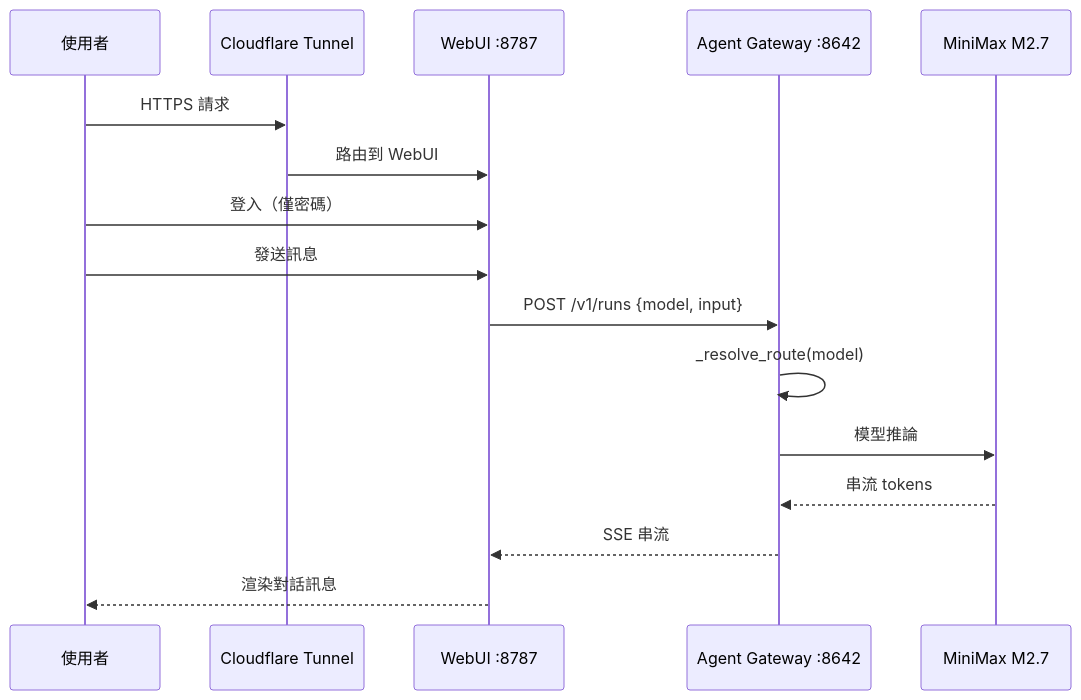
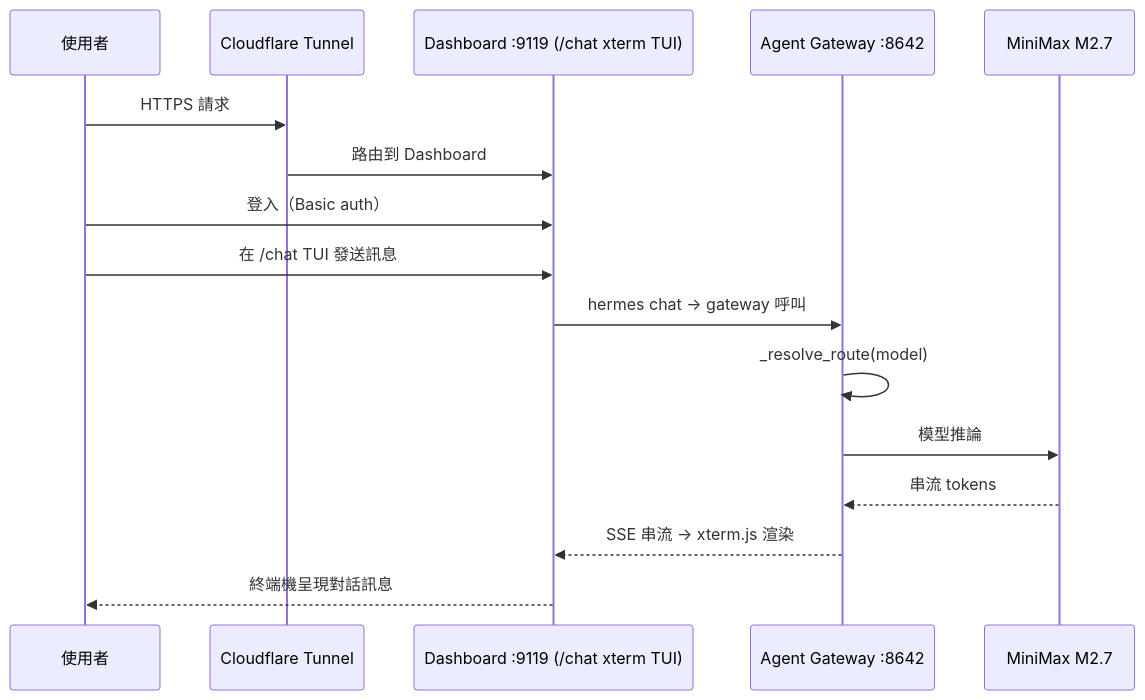
The third of 5 diagrams in README_zh-TW.md (WOOWTECH/Woow_k3s_hermes), drawn with Mermaid before and after one commit. The commit also changed other lines of this file and 4 other files, not shown here.

First line of the commit message:
docs: single-container architecture — README EN/ZH, troubleshooting rewrite, migration guide

````diff
--- a/README_zh-TW.md
+++ b/README_zh-TW.md
@@ -167,19 +164,19 @@
 ```mermaid
 sequenceDiagram
     participant U as 使用者
     participant CF as Cloudflare Tunnel
-    participant WUI as WebUI :8787
+    participant DASH as Dashboard :9119 (/chat xterm TUI)
     participant GW as Agent Gateway :8642
     participant LLM as MiniMax M2.7
 
     U->>CF: HTTPS 請求
-    CF->>WUI: 路由到 WebUI
-    U->>WUI: 登入（僅密碼）
-    U->>WUI: 發送訊息
-    WUI->>GW: POST /v1/runs {model, input}
+    CF->>DASH: 路由到 Dashboard
+    U->>DASH: 登入（Basic auth）
+    U->>DASH: 在 /chat TUI 發送訊息
+    DASH->>GW: hermes chat → gateway 呼叫
     GW->>GW: _resolve_route(model)
     GW->>LLM: 模型推論
     LLM-->>GW: 串流 tokens
-    GW-->>WUI: SSE 串流
-    WUI-->>U: 渲染對話訊息
+    GW-->>DASH: SSE 串流 → xterm.js 渲染
+    DASH-->>U: 終端機呈現對話訊息
 ```
````
